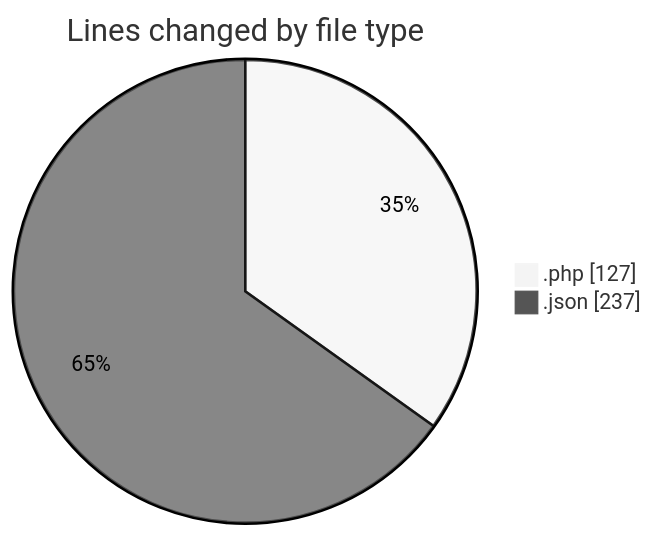
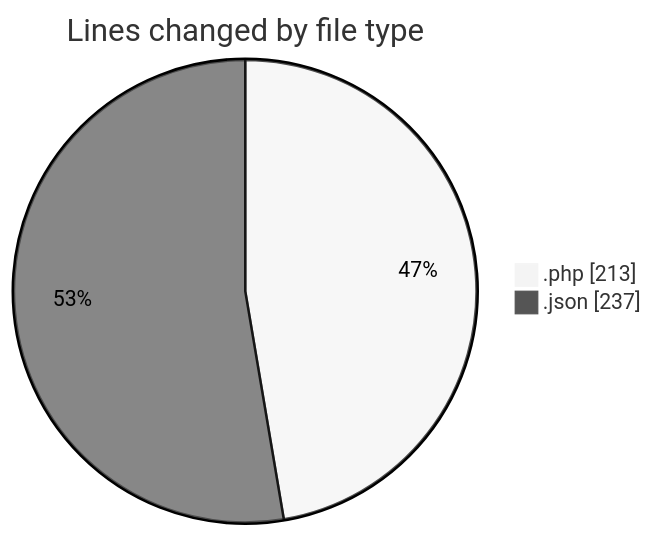
Before and after one commit to idhammustaqopulfikri/code-tracking: the first of 2 diagrams in 2025-06-15/studio-backend/README.md, drawn with Mermaid (neutral theme). The commit also changed other lines of this file and 1 other file, not shown here.

````diff
--- a/2025-06-15/studio-backend/README.md
+++ b/2025-06-15/studio-backend/README.md
@@ -21,6 +22,6 @@
 ```mermaid
 pie showData
 title Lines changed by file type
-".php" : 127
+".php" : 213
 ".json" : 237
 ```
````
